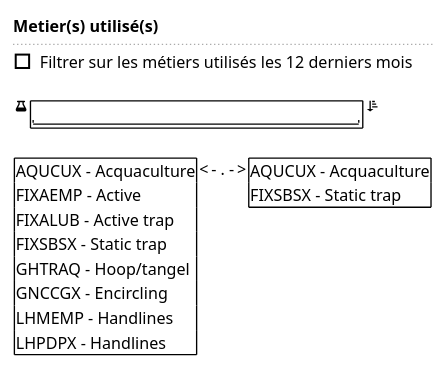
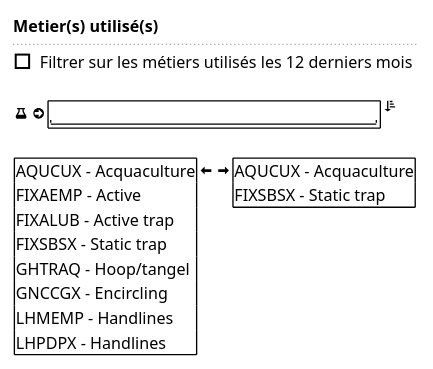
One commit to sumaris-net/sumaris-doc changed the diagram in use-case/collect/trip/landing-ui-list-metier.puml. Above: the diagram before and after it, drawn with PlantUML. The commit also changed 7 other files, not shown here.

```diff
--- a/use-case/collect/trip/landing-ui-list-metier.puml
+++ b/use-case/collect/trip/landing-ui-list-metier.puml
@@ -1,25 +1,25 @@
 @startsalt
 {
   <b>Metier(s) utilisé(s)
   ..
   [] Filtrer sur les métiers utilisés les 12 derniers mois
   .
-  {<&beaker> {+  "                              "    }<&sort-ascending>}
+  {<&beaker> <&arrow-circle-right> {+  "                              "    }<&sort-ascending>}
   .
   {
   {+
   AQUCUX - Acquaculture
   FIXAEMP - Active
   FIXALUB - Active trap
   FIXSBSX - Static trap
   GHTRAQ - Hoop/tangel
   GNCCGX - Encircling
   LHMEMP - Handlines
   LHPDPX - Handlines
-  }  <|- . -|> {+
+  }  <&arrow-thick-left> <&arrow-thick-right> {+
   AQUCUX - Acquaculture
   FIXSBSX - Static trap
   }
   }
 }
 @endsalt
```
